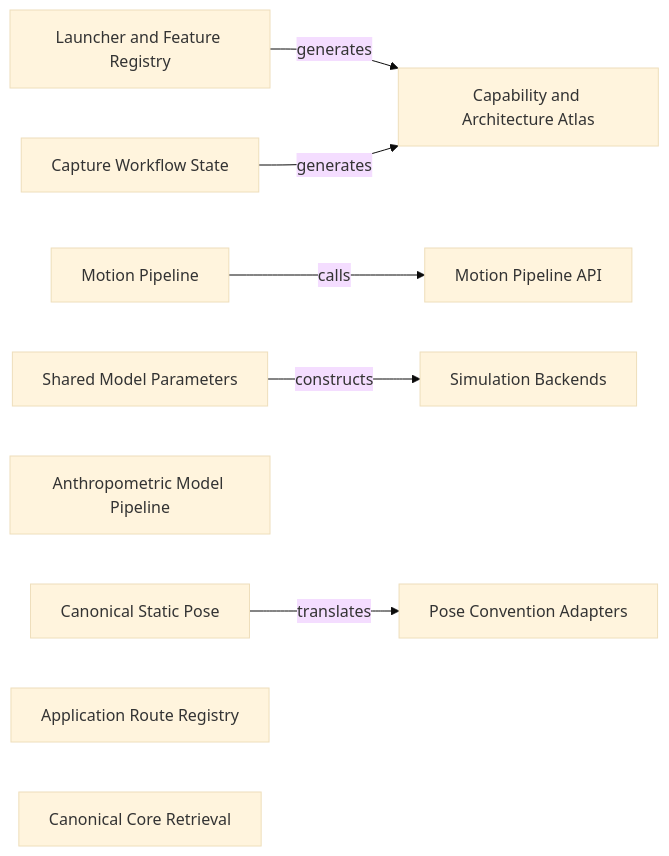
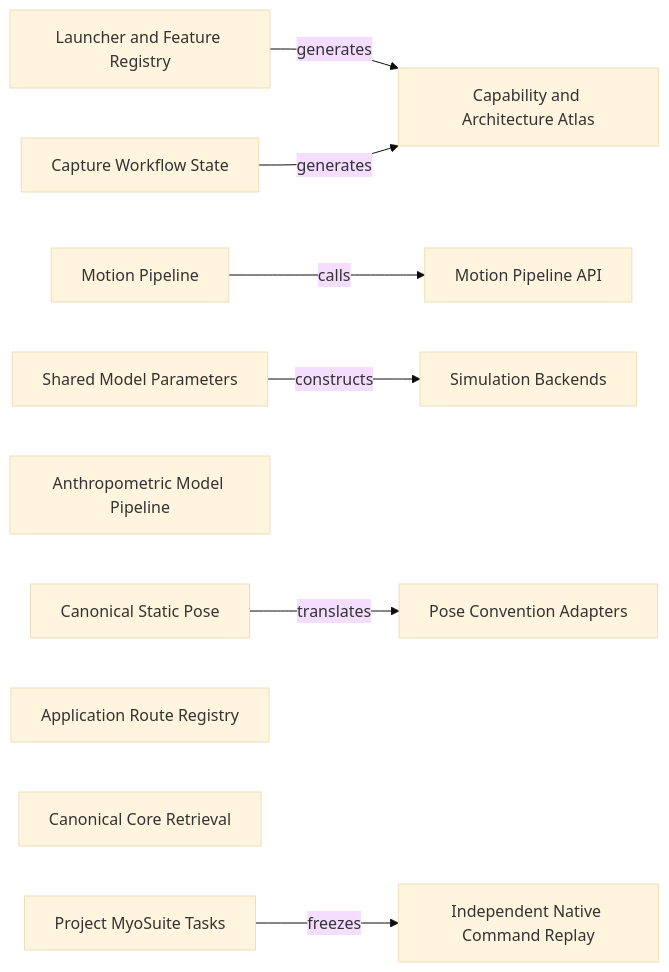
Before and after one commit to D-sorganization/UpstreamDrift: the diagram in docs/agent_context/README.md, drawn with Mermaid (base theme). The commit also changed other lines of this file and 20 other files, not shown here.

Commit message:
feat(control): bind MyoSuite task histories to independent replay

````diff
--- a/docs/agent_context/README.md
+++ b/docs/agent_context/README.md
@@ -179,20 +206,23 @@
 ```mermaid
 flowchart LR
     n0["Launcher and Feature Registry"]
     n1["Capability and Architecture Atlas"]
     n2["Motion Pipeline"]
     n3["Motion Pipeline API"]
     n4["Shared Model Parameters"]
     n5["Simulation Backends"]
     n6["Canonical Static Pose"]
     n7["Pose Convention Adapters"]
     n8["Anthropometric Model Pipeline"]
     n9["Capture Workflow State"]
     n10["Application Route Registry"]
     n11["Canonical Core Retrieval"]
+    n12["Project MyoSuite Tasks"]
+    n13["Independent Native Command Replay"]
     n2 -->|"calls"| n3
     n4 -->|"constructs"| n5
     n6 -->|"translates"| n7
     n0 -->|"generates"| n1
     n9 -->|"generates"| n1
+    n12 -->|"freezes"| n13
 ```
````
